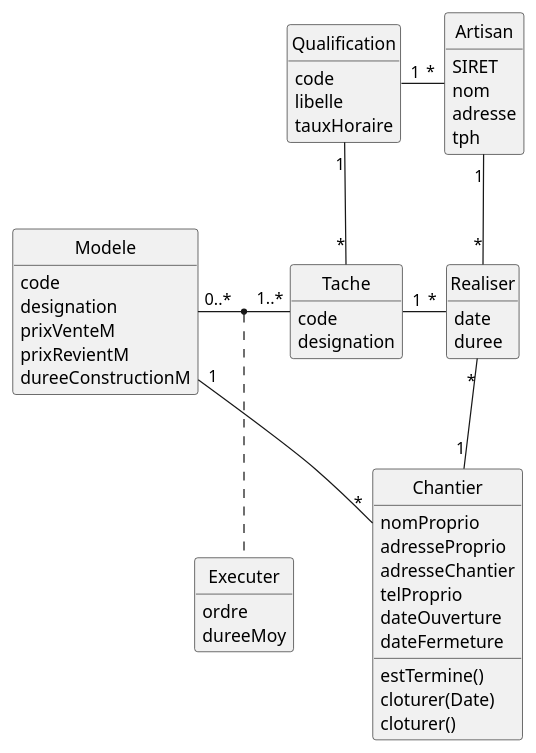
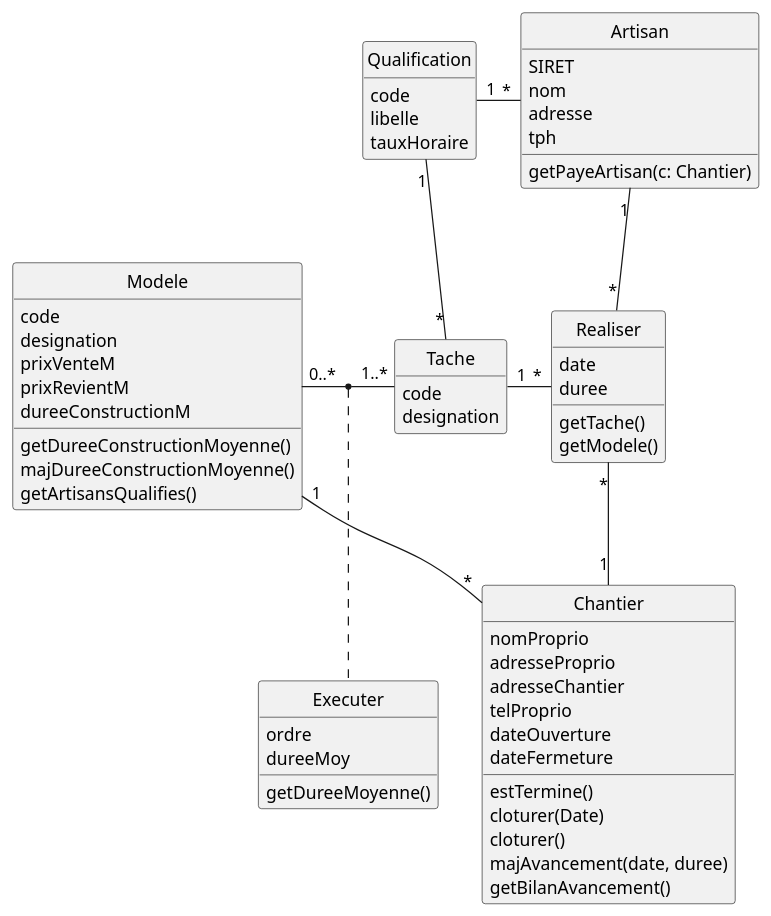
Before and after one commit to IUT-Blagnac/bcoo-AMXBen: the diagram in TD6_1.1.plantuml, drawn with PlantUML.

Commit message:
Fix TD6 1.1
DC terminé

```diff
--- a/TD6_1.1.plantuml
+++ b/TD6_1.1.plantuml
@@ -1,76 +1,85 @@
 @startuml
 
 hide circle
 hide empty methods
 
 '------ Classes Métiers
 
 class Qualification {
   code
   libelle
   tauxHoraire
 }
 
 class Artisan {
   SIRET
   nom
   adresse
   tph
+  getPayeArtisan(c: Chantier)
 }
 
 class Tache {
   code
   designation
 }
 
 class Chantier {
   nomProprio
   adresseProprio
   adresseChantier
   telProprio
   dateOuverture
   dateFermeture
   
   estTermine()
   cloturer(Date)
   cloturer()
   'SetDateFermeture(Date)
+  majAvancement(date, duree)
+  getBilanAvancement()
 }
 
 class Modele {
   code
   designation
   prixVenteM
   prixRevientM
   dureeConstructionM
+  getDureeConstructionMoyenne()
+  majDureeConstructionMoyenne()
+  getArtisansQualifies()
 }
 
 '------ Classes Associations
 
 class Realiser {
   date
   duree
+  getTache()
+  getModele()
 }
 
 class Executer {
   ordre
   dureeMoy
+  getDureeMoyenne()
 }
 
 '------ Associations
 
 Realiser "*" -up- "1" Artisan
 Realiser "*" -down- "1" Chantier
 Realiser "*" -left- "1" Tache
 Tache "*" -up- "1" Qualification
 Qualification "1" - "*" Artisan
 Modele "0..*" - "1..*" Tache
 Modele "1" -down- "*" Chantier
 
 (Tache, Modele) .. Executer
 
 'Main -left-> "*" Artisan
 'Main - "*" Chantier
 'Main - "*" Modele
 
 @enduml
```
